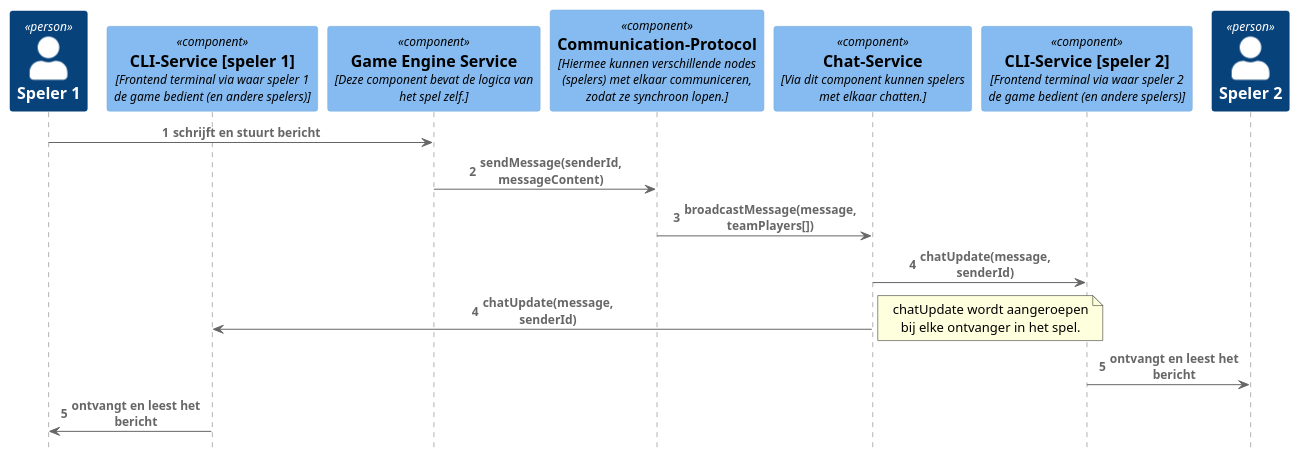
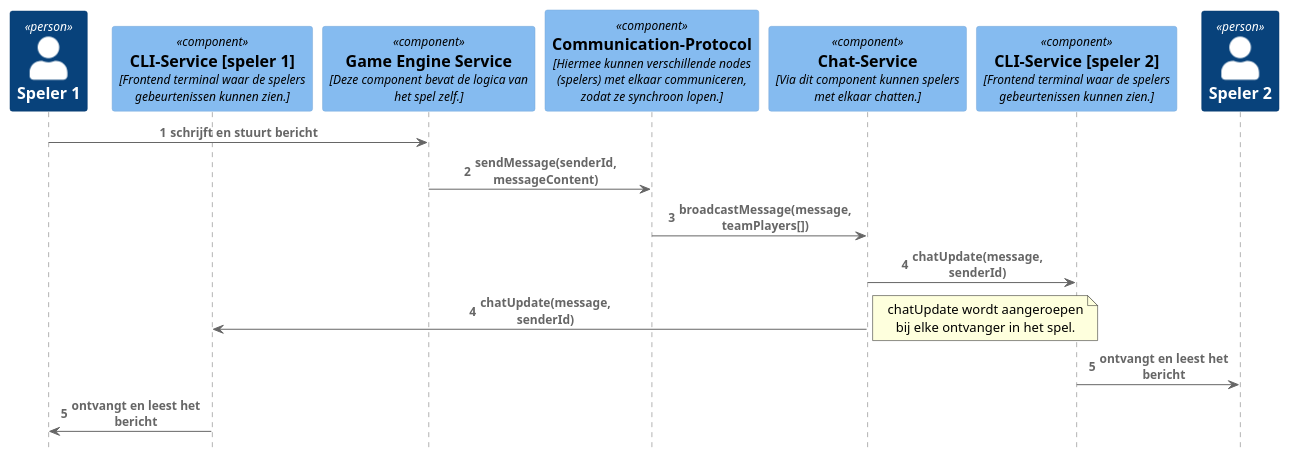
Before and after one commit to DaanBannaan/SAD-sequentie: the diagram in chatSequenceDiagram.puml, drawn with PlantUML. The commit also changed 7 other files, not shown here.

Commit message:
ISAConfigureren en spelHervatten diagrammen gemaakt

```diff
--- a/chatSequenceDiagram.puml
+++ b/chatSequenceDiagram.puml
@@ -1,35 +1,35 @@
 @startuml
 !include https://raw.githubusercontent.com/plantuml-stdlib/C4-PlantUML/master/C4_Sequence.puml
 
 autonumber
 
 
 Person(user, "Speler 1")
 
-Component(cli1, "CLI-Service [speler 1]", "Frontend terminal via waar speler 1 de game bedient (en andere spelers)")
+Component(cli1, "CLI-Service [speler 1]", "Frontend terminal waar de spelers gebeurtenissen kunnen zien.")
 Component(engine, "Game Engine Service", "Deze component bevat de logica van het spel zelf.")
 Component(communication, "Communication-Protocol", "Hiermee kunnen verschillende nodes (spelers) met elkaar communiceren, zodat ze synchroon lopen.")
 Component(chat, "Chat-Service", "Via dit component kunnen spelers met elkaar chatten.")
-Component(cli2, "CLI-Service [speler 2]", "Frontend terminal via waar speler 2 de game bedient (en andere spelers)")
+Component(cli2, "CLI-Service [speler 2]", "Frontend terminal waar de spelers gebeurtenissen kunnen zien.")
 
 Person(user2, "Speler 2")
 
 Rel(user, engine, "schrijft en stuurt bericht")
 Rel(engine, communication, "sendMessage(senderId, messageContent)")
 Rel(communication, chat, "broadcastMessage(message, teamPlayers[])")
 Rel(chat, cli2, "chatUpdate(message, senderId)")
 autonumber 4
 Rel(chat, cli1, "chatUpdate(message, senderId)")
 
 note right
     chatUpdate wordt aangeroepen bij elke ontvanger in het spel.
 end note
 
 Rel(cli2, user2, "ontvangt en leest het bericht")
 autonumber 5
 Rel(cli1, user, "ontvangt en leest het bericht")
 
 
 
 
 @enduml
```
